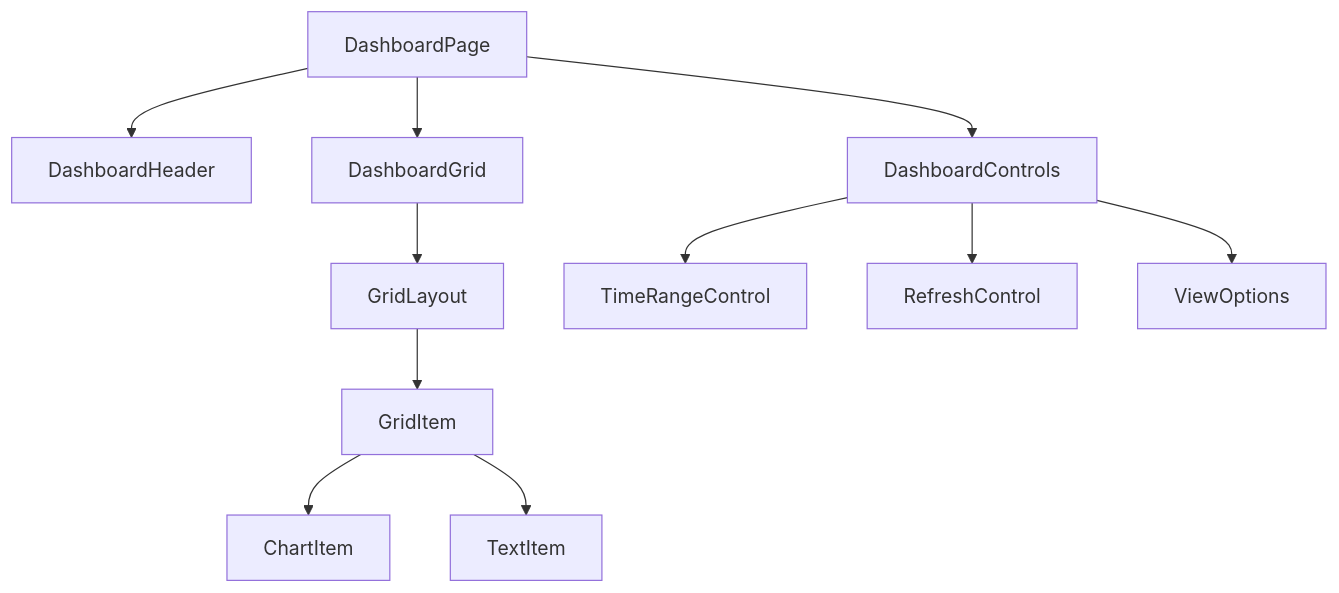
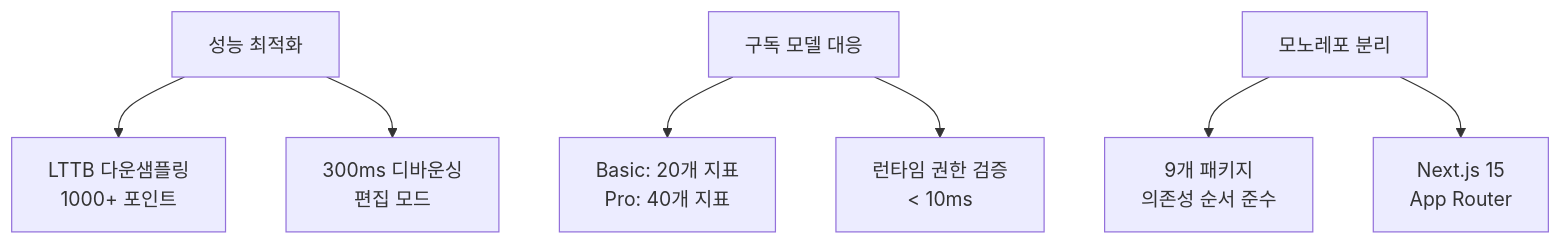
The first of 2 diagrams in frontend/architecture.md (Seungwoo321/etorch-docs), drawn with Mermaid before and after one commit. The commit also changed other lines of this file, not shown here.

````diff
--- a/frontend/architecture.md
+++ b/frontend/architecture.md
@@ -1165,15 +25,11 @@
 ```mermaid
-flowchart TD
-    A[DashboardPage] --> B[DashboardHeader]
-    A --> C[DashboardGrid]
-    A --> D[DashboardControls]
+graph TD
+    A[성능 최적화] --> A1[LTTB 다운샘플링<br/>1000+ 포인트]
+    A --> A2[300ms 디바운싱<br/>편집 모드]
     
-    C --> C1[GridLayout]
-    C1 --> C2[GridItem]
-    C2 --> C3[ChartItem]
-    C2 --> C4[TextItem]
+    B[구독 모델 대응] --> B1[Basic: 20개 지표<br/>Pro: 40개 지표]
+    B --> B2[런타임 권한 검증<br/>< 10ms]
     
-    D --> D1[TimeRangeControl]
-    D --> D2[RefreshControl]
-    D --> D3[ViewOptions]
+    C[모노레포 분리] --> C1[9개 패키지<br/>의존성 순서 준수]
+    C --> C2[Next.js 15<br/>App Router]
 ```
````
